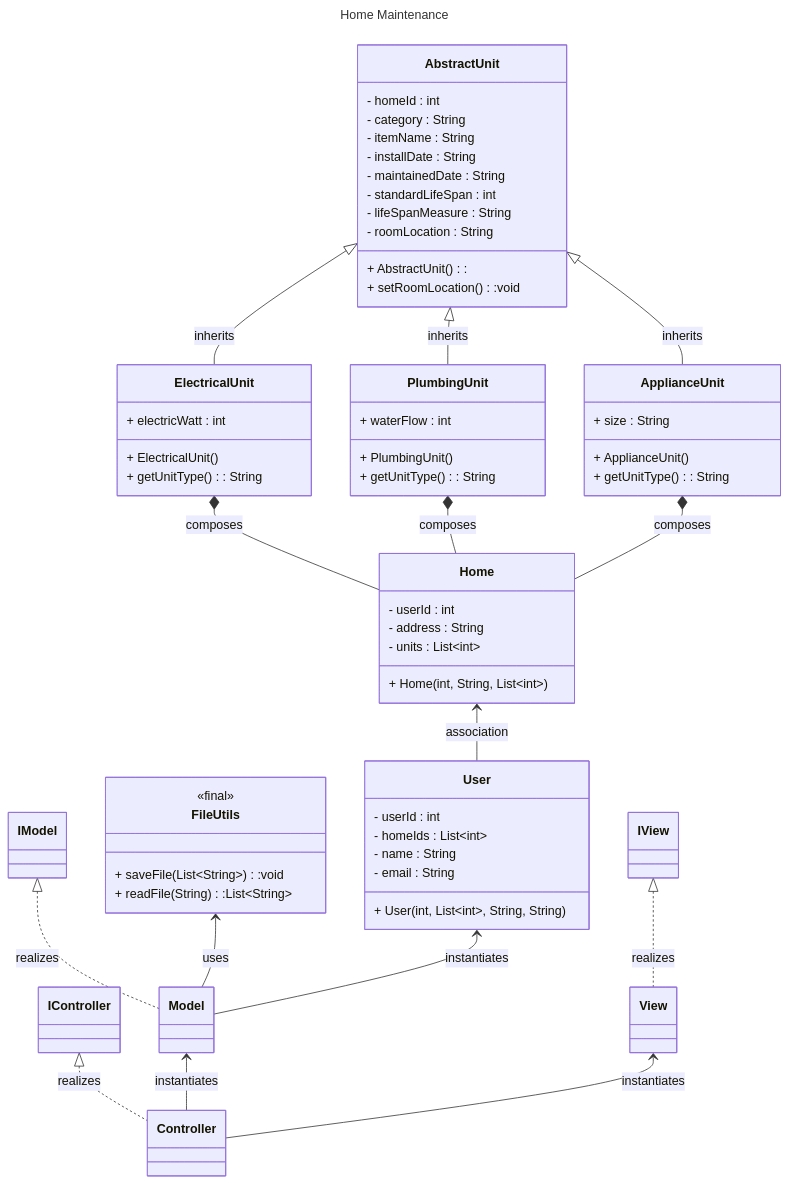
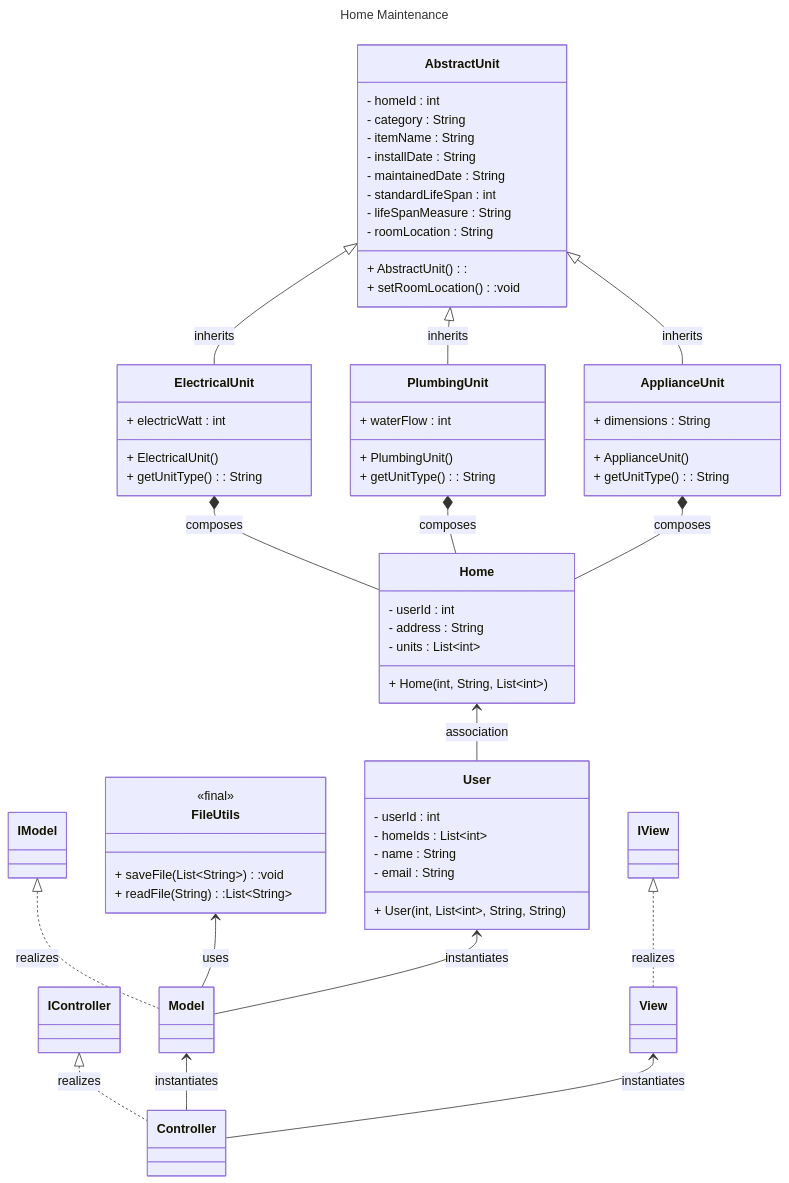
The diagram in DesignDocuments/DesignDocument.md (Sp25-CS5004-Online-Lionelle/final-project-group-4), drawn with Mermaid before and after one commit.

Commit message:
design adjustment

````diff
--- a/DesignDocuments/DesignDocument.md
+++ b/DesignDocuments/DesignDocument.md
@@ -5,76 +5,76 @@
 ```mermaid
 ---
 title: Home Maintenance
 ---
 
 classDiagram
     direction TD
     IController <|.. Controller : realizes
     IView <|.. View : realizes
     IModel <|.. Model : realizes
     FileUtils <-- Model : uses
     Model <-- Controller : instantiates
     View <-- Controller : instantiates
     AbstractUnit <|-- ElectricalUnit : inherits
     AbstractUnit <|-- PlumbingUnit : inherits
     AbstractUnit <|-- ApplianceUnit : inherits
     ElectricalUnit *-- Home : composes
     PlumbingUnit *-- Home : composes
     ApplianceUnit *-- Home : composes
     Home <-- User : association
     User <-- Model : instantiates
 
     class FileUtils {
         <<final>>
         + saveFile(List~String~):void
         + readFile(String):List~String~
     }
 
     class AbstractUnit {
         - homeId : int
         - category : String
         - itemName : String
         - installDate : String
         - maintainedDate : String
         - standardLifeSpan : int
         - lifeSpanMeasure : String
         - roomLocation : String
         + AbstractUnit():
         + setRoomLocation():void
     }
 
     class ElectricalUnit {
         + electricWatt : int
         + ElectricalUnit()
         + getUnitType() : String
     }
 
     class PlumbingUnit {
         + waterFlow : int
         + PlumbingUnit()
         + getUnitType() : String
 
     }
 
     class ApplianceUnit {
-        + size : String
+        + dimensions : String
         + ApplianceUnit()
         + getUnitType() : String
     }
 
     class User {
         - userId : int
         - homeIds : List~int~
         - name : String
         - email : String
         + User(int, List~int~, String, String)
     }
 
     class Home {
         - userId : int
         - address : String
         - units : List~int~
         + Home(int, String, List~int~)
 
     }
 ```
````
